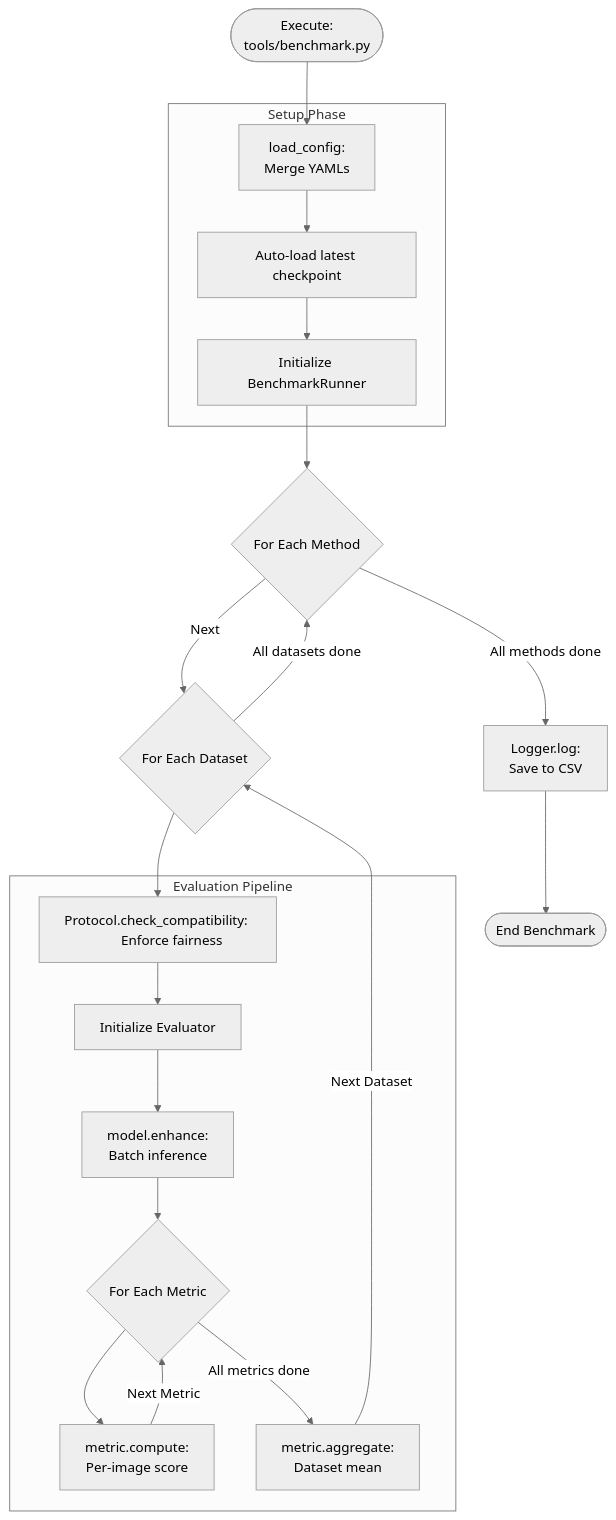
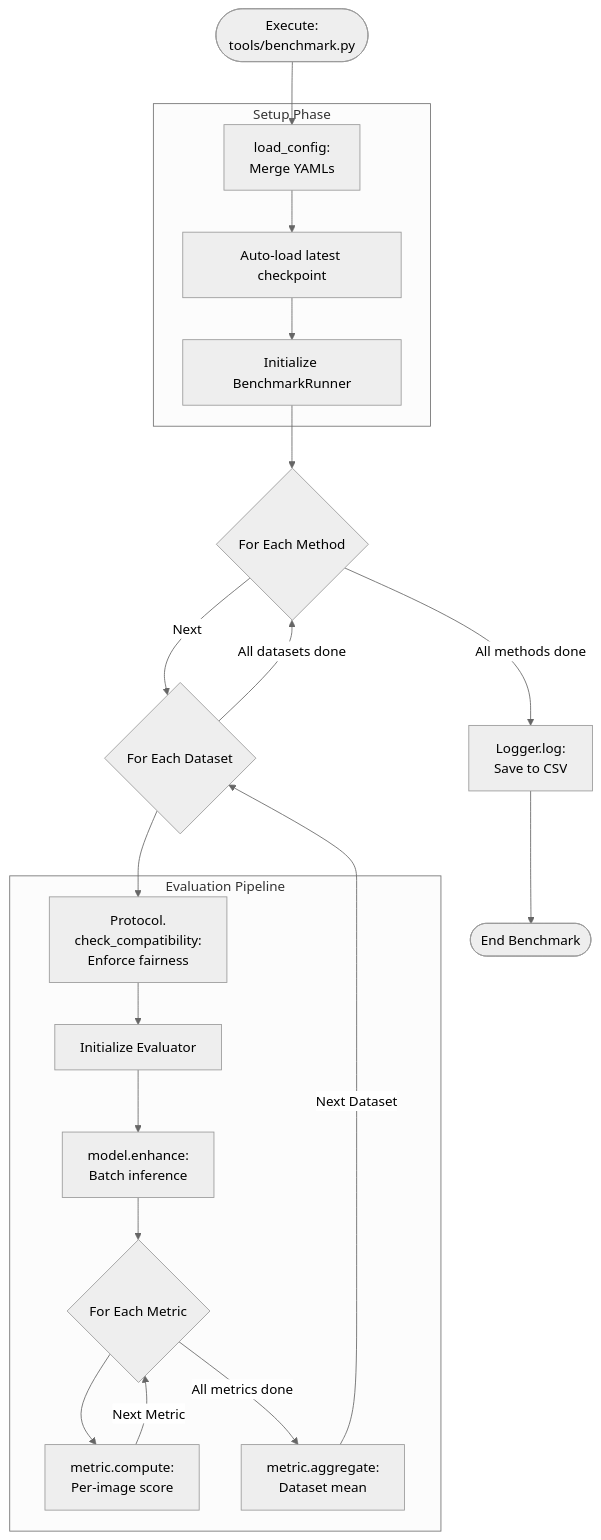
Before and after one commit to fury471/llie_bench: the second of 5 diagrams in README.md, drawn with Mermaid (neutral theme). The commit also changed other lines of this file, not shown here.

````diff
--- a/README.md
+++ b/README.md
@@ -97,36 +99,37 @@
 ```mermaid
 flowchart TD
     Start([Execute: 
     tools/benchmark.py]) --> Cfg
     
     subgraph Setup Phase
         Cfg[load_config: 
         Merge YAMLs] --> Ckpt[Auto-load latest checkpoint]
         Ckpt --> BR[Initialize BenchmarkRunner]
     end
 
     BR --> MethodLoop{For Each Method}
     MethodLoop --> |Next| DatasetLoop{For Each Dataset}
 
     subgraph Evaluation Pipeline
-        Compat[Protocol.check_compatibility: 
+        Compat[Protocol.
+        check_compatibility: 
         Enforce fairness] --> Eval[Initialize Evaluator]
         Eval --> Infer[model.enhance: 
         Batch inference]
         Infer --> MetricLoop{For Each Metric}
         
         MetricLoop --> Compute[metric.compute: 
         Per-image score]
         Compute --> |Next Metric| MetricLoop
         MetricLoop --> |All metrics done| Agg[metric.aggregate: 
         Dataset mean]
     end
 
     DatasetLoop --> Compat
     Agg --> |Next Dataset| DatasetLoop
     DatasetLoop --> |All datasets done| MethodLoop
     
     MethodLoop --> |All methods done| Log[Logger.log: 
     Save to CSV]
     Log --> Finish([End Benchmark])
 ```
````
